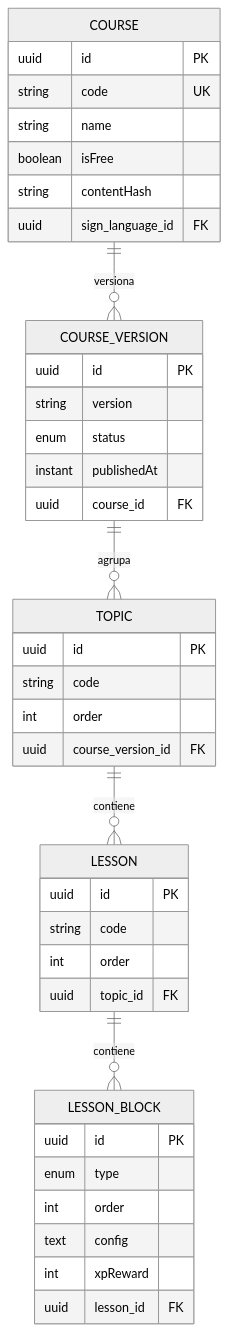
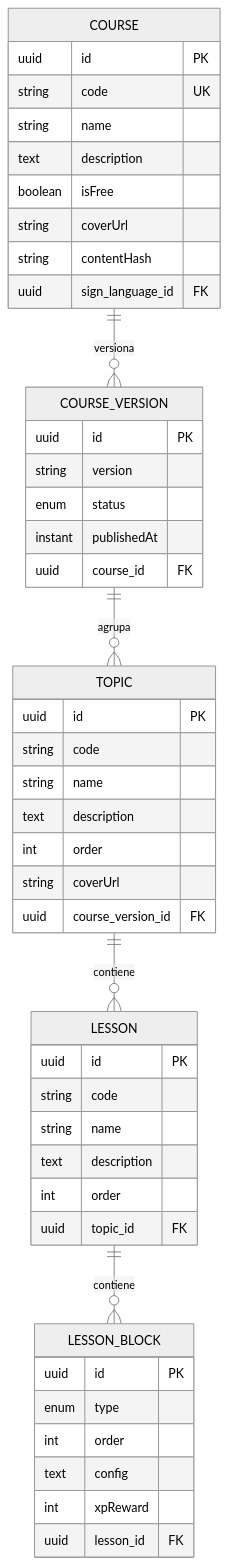
One commit to signasource/signa-api changed the third of 6 diagrams in docs/diagrams/er.md. Above: the diagram before and after it, drawn with Mermaid (neutral theme). The commit also changed other lines of this file and 3 other files, not shown here.

````diff
--- a/docs/diagrams/er.md
+++ b/docs/diagrams/er.md
@@ -86,43 +99,50 @@
 ```mermaid
 erDiagram
     COURSE ||--o{ COURSE_VERSION : versiona
     COURSE_VERSION ||--o{ TOPIC : agrupa
     TOPIC ||--o{ LESSON : contiene
     LESSON ||--o{ LESSON_BLOCK : contiene
 
     COURSE {
         uuid id PK
         string code UK
         string name
+        text description
         boolean isFree
+        string coverUrl
         string contentHash
         uuid sign_language_id FK
     }
     COURSE_VERSION {
         uuid id PK
         string version
         enum status
         instant publishedAt
         uuid course_id FK
     }
     TOPIC {
         uuid id PK
         string code
+        string name
+        text description
         int order
+        string coverUrl
         uuid course_version_id FK
     }
     LESSON {
         uuid id PK
         string code
+        string name
+        text description
         int order
         uuid topic_id FK
     }
     LESSON_BLOCK {
         uuid id PK
         enum type
         int order
         text config
         int xpReward
         uuid lesson_id FK
     }
 ```
````
